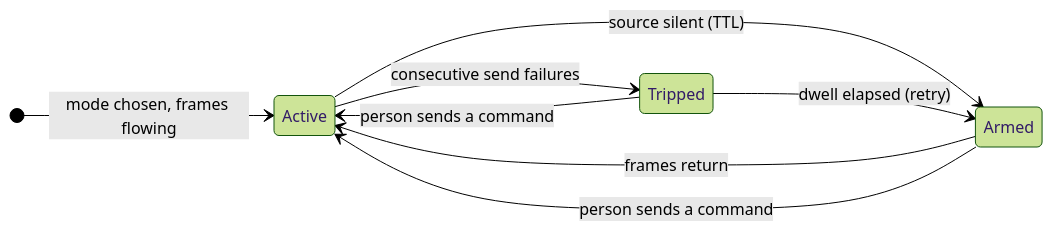
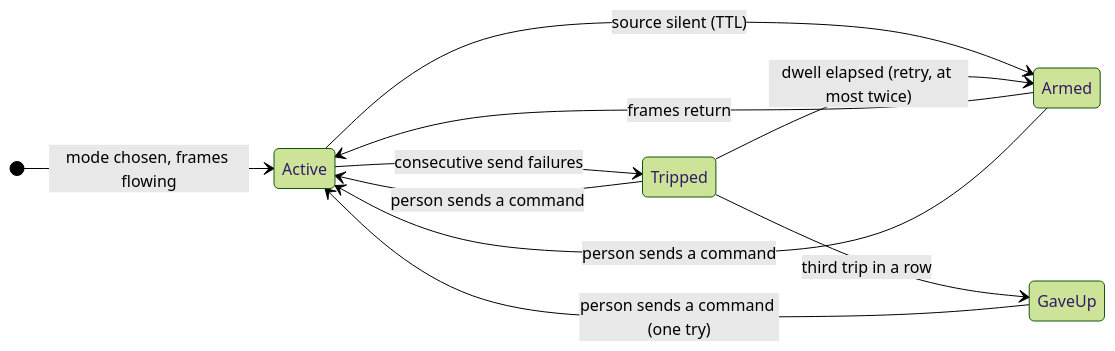
The second of 2 diagrams in README.md (gatisr/huelink), drawn with Mermaid (forest theme) before and after one commit. The commit also changed other lines of this file and 11 other files, not shown here.

````diff
--- a/README.md
+++ b/README.md
@@ -258,11 +258,13 @@
 ```mermaid
 stateDiagram-v2
     direction LR
     [*] --> Active: mode chosen, frames flowing
     Active --> Armed: source silent (TTL)
     Armed --> Active: frames return
     Active --> Tripped: consecutive send failures
-    Tripped --> Armed: dwell elapsed (retry)
+    Tripped --> Armed: dwell elapsed (retry, at most twice)
     Tripped --> Active: person sends a command
+    Tripped --> GaveUp: third trip in a row
+    GaveUp --> Active: person sends a command (one try)
     Armed --> Active: person sends a command
 ```
````
